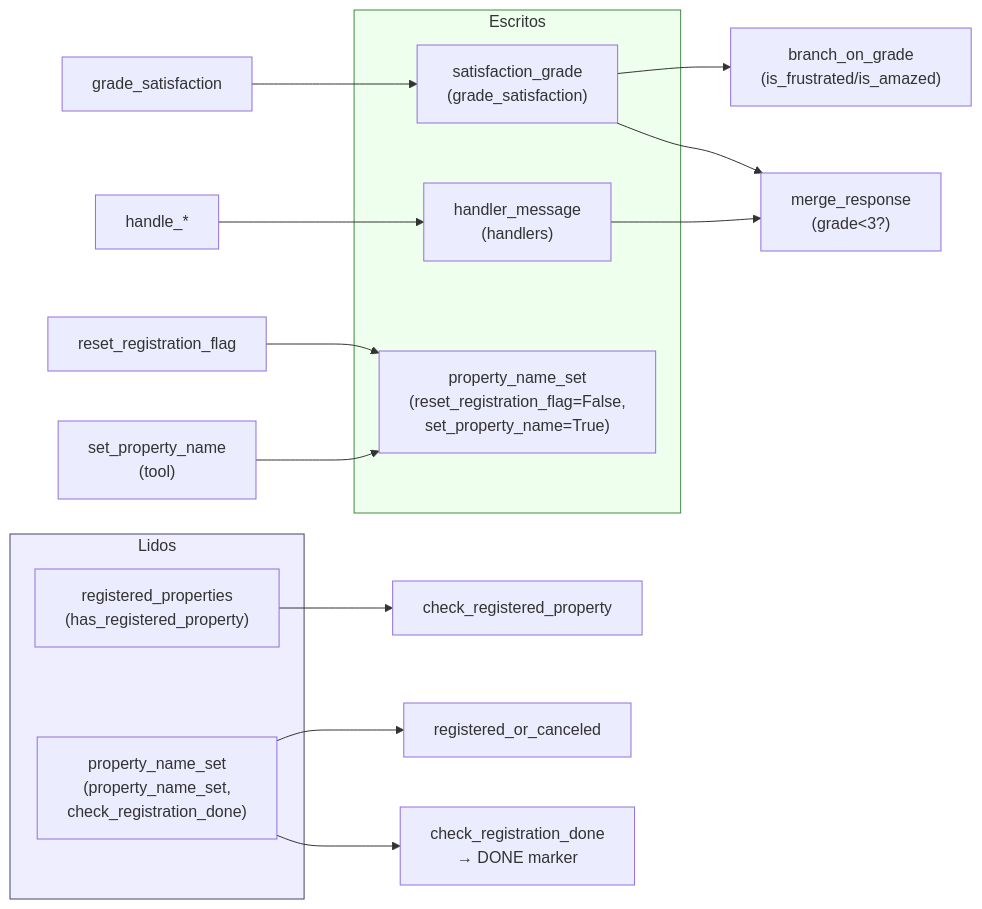
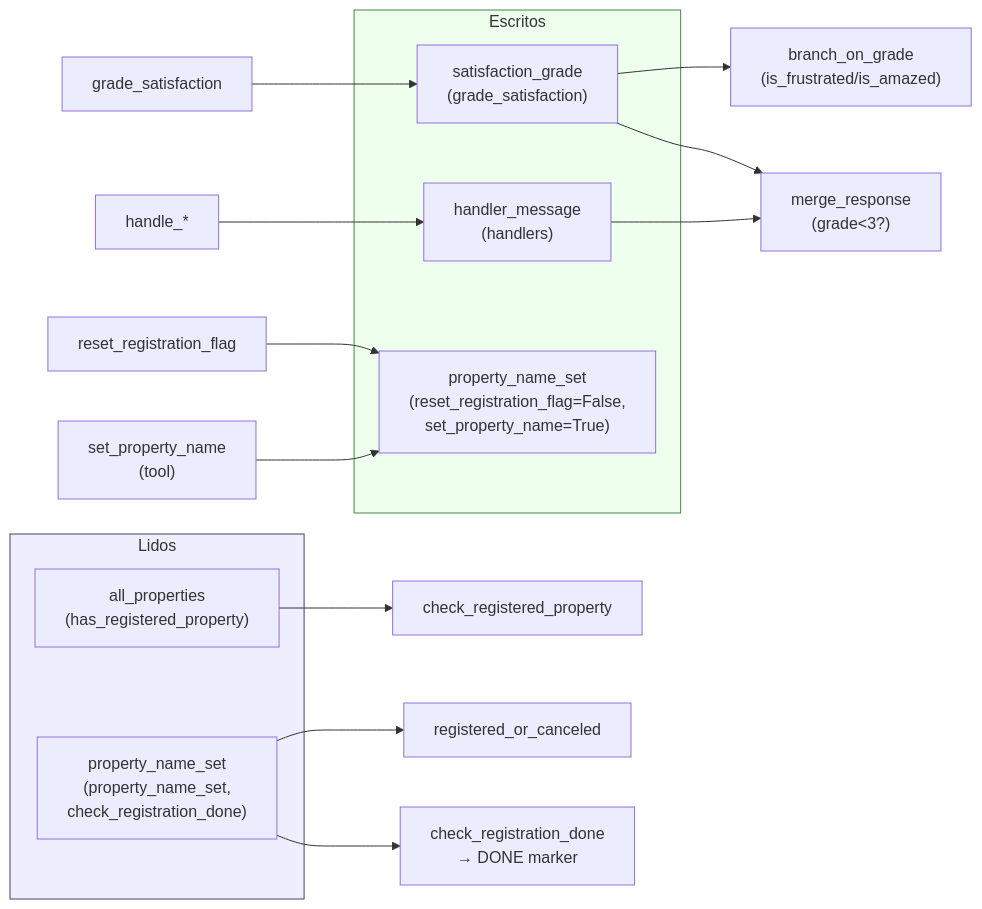
The seventh of 8 diagrams in docs/workflow-diagrams.md (lapig-ufg/pasto-legal), drawn with Mermaid before and after one commit. The commit also changed other lines of this file and 16 other files, not shown here.

````diff
--- a/docs/workflow-diagrams.md
+++ b/docs/workflow-diagrams.md
@@ -214,28 +214,28 @@
 ```mermaid
 flowchart LR
     subgraph Reads["Lidos"]
-        R1["registered_properties<br/>(has_registered_property)"]
+        R1["all_properties<br/>(has_registered_property)"]
         R2["property_name_set<br/>(property_name_set,<br/>check_registration_done)"]
     end
 
     subgraph Writes["Escritos"]
         W1["satisfaction_grade<br/>(grade_satisfaction)"]
         W2["handler_message<br/>(handlers)"]
         W3["property_name_set<br/>(reset_registration_flag=False,<br/>set_property_name=True)"]
     end
 
     Grade["grade_satisfaction"] --> W1
     Handlers["handle_*"] --> W2
     Reset["reset_registration_flag"] --> W3
     Tool["set_property_name<br/>(tool)"] --> W3
 
     W1 --> Branch["branch_on_grade<br/>(is_frustrated/is_amazed)"]
     W1 --> Merge["merge_response<br/>(grade<3?)"]
     W2 --> Merge
     R1 --> HasReg["check_registered_property"]
     R2 --> RegOrCanc["registered_or_canceled"]
     R2 --> CheckDone["check_registration_done<br/>→ DONE marker"]
 
     style Writes fill:#efe,stroke:#484
     style Reads fill:#eef,stroke:#446
 ```
````
